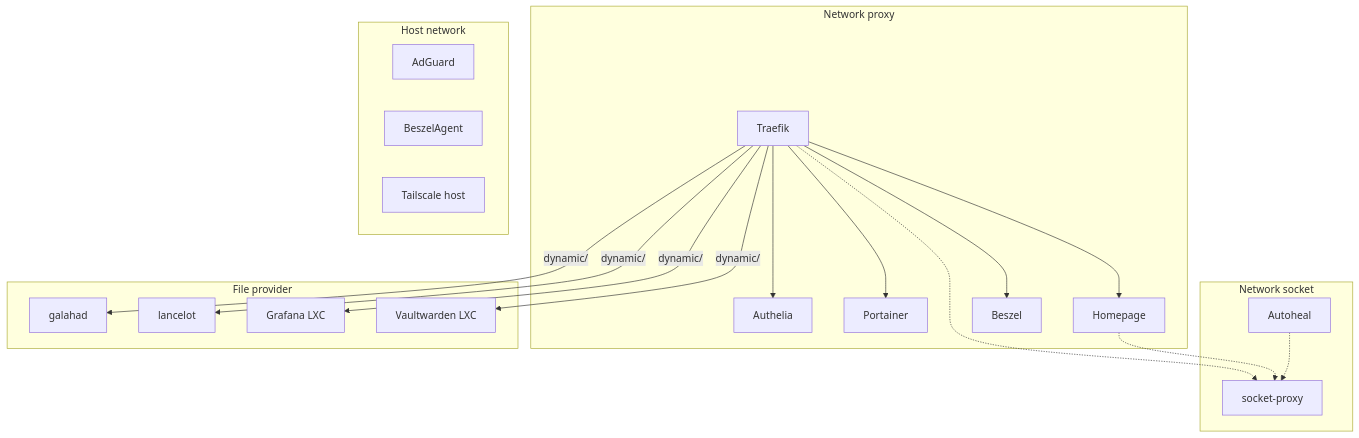
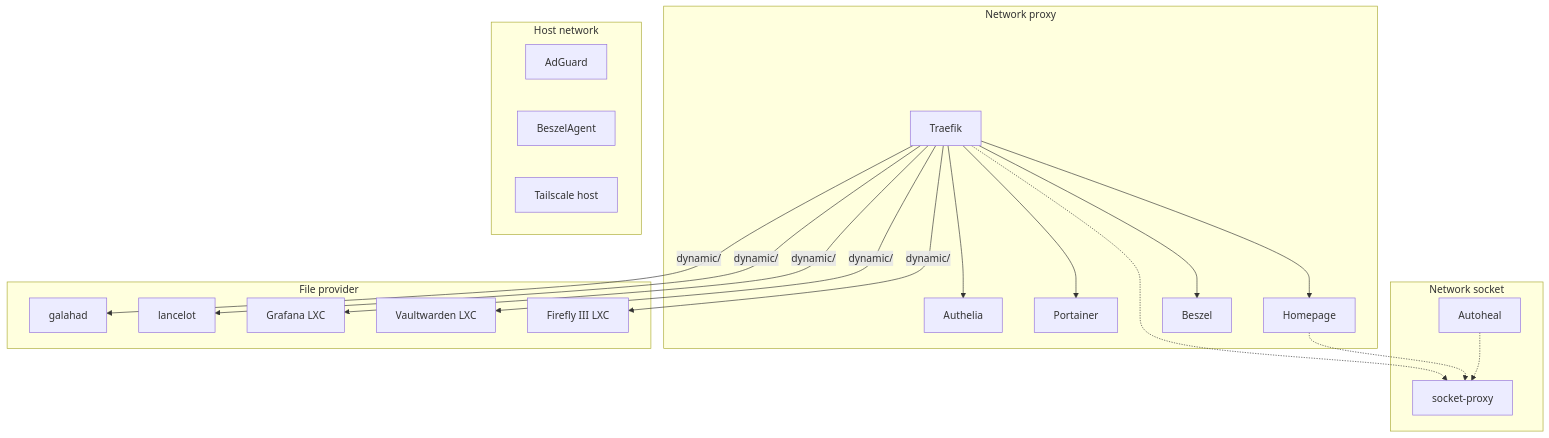
The diagram in docs/services/index.md (GabinSMD/homelab-doc), drawn with Mermaid before and after one commit. The commit also changed other lines of this file and 2 other files, not shown here.

First line of the commit message:
docs(services): add Firefly III and its data importer

````diff
--- a/docs/services/index.md
+++ b/docs/services/index.md
@@ -34,29 +37,30 @@
 ```mermaid
 graph TB
     subgraph Network proxy
         Traefik --> Authelia
         Traefik --> Portainer
         Traefik --> Homepage
         Traefik --> Beszel
     end
 
     subgraph Network socket
         SP[socket-proxy]
         Traefik -.-> SP
         Homepage -.-> SP
         Autoheal -.-> SP
     end
 
     subgraph Host network
         AdGuard
         BeszelAgent
         Tailscale[Tailscale host]
     end
 
     subgraph File provider
         Traefik -->|dynamic/| PVE1[galahad]
         Traefik -->|dynamic/| PVE2[lancelot]
         Traefik -->|dynamic/| Logs[Grafana LXC]
         Traefik -->|dynamic/| Vault[Vaultwarden LXC]
+        Traefik -->|dynamic/| Finance[Firefly III LXC]
     end
 ```
````
